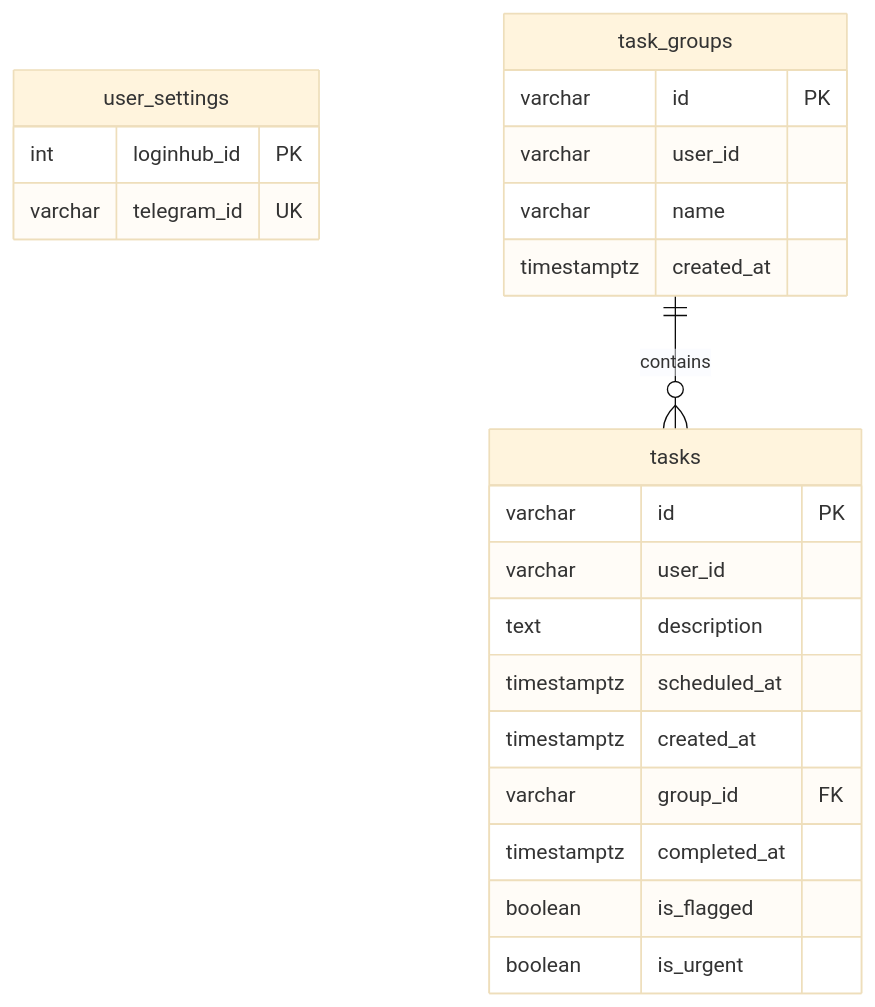
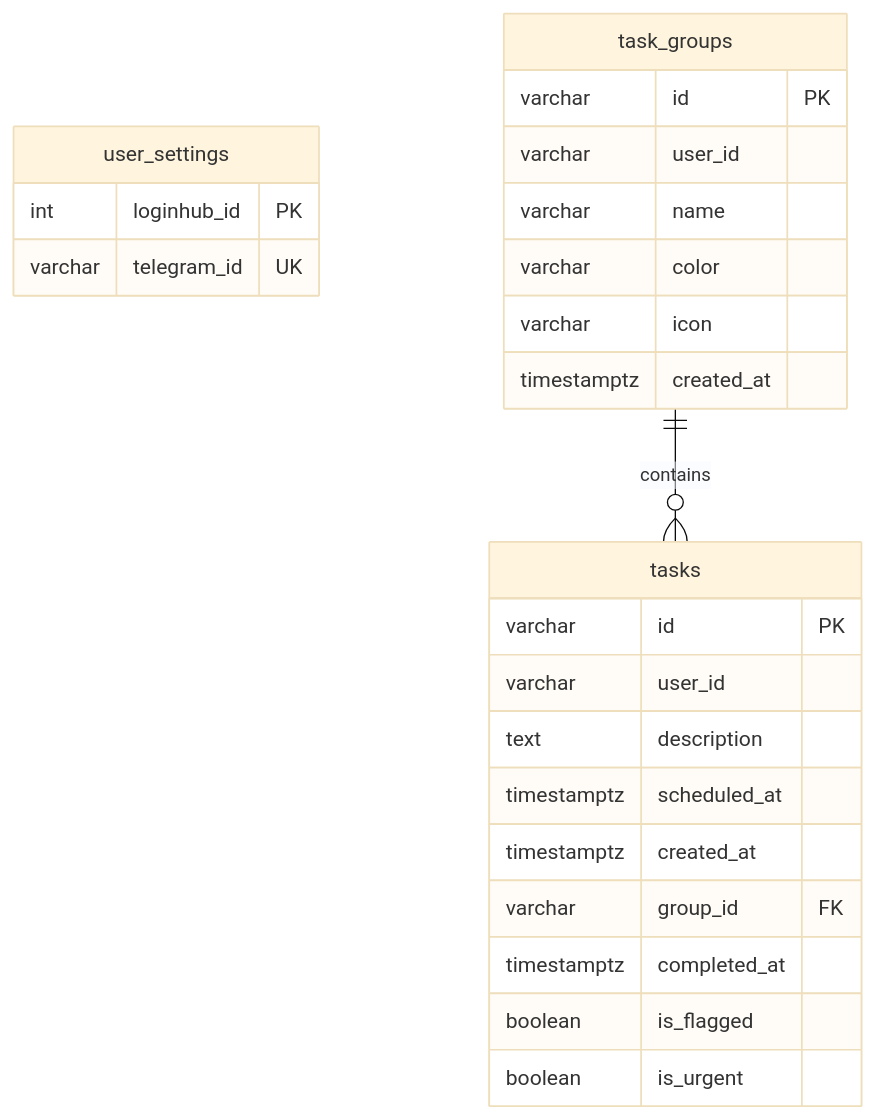
Before and after one commit to moablive/LBS_TodoAPP: the second of 2 diagrams in README.md, drawn with Mermaid (base theme). The commit also changed other lines of this file and 7 other files, not shown here.

````diff
--- a/README.md
+++ b/README.md
@@ -157,25 +157,27 @@
 ```mermaid
 erDiagram
   user_settings {
     int loginhub_id PK
     varchar telegram_id UK
   }
   task_groups {
     varchar id PK
     varchar user_id
     varchar name
+    varchar color
+    varchar icon
     timestamptz created_at
   }
   tasks {
     varchar id PK
     varchar user_id
     text description
     timestamptz scheduled_at
     timestamptz created_at
     varchar group_id FK
     timestamptz completed_at
     boolean is_flagged
     boolean is_urgent
   }
   task_groups ||--o{ tasks : contains
 ```
````
